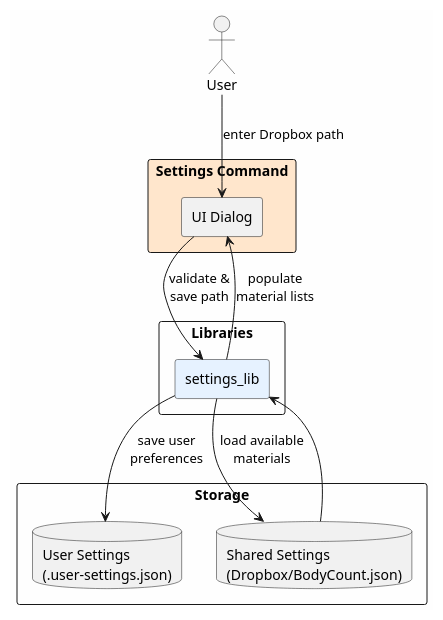
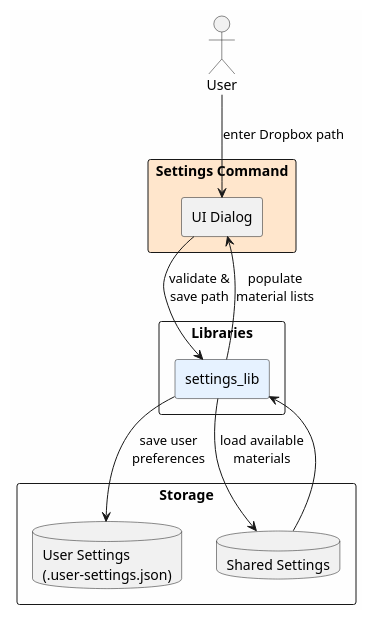
One commit to Oskari-Tuormaa/BodyCount changed the fourth of 4 diagrams in ARCHITECTURE.md. Above: the diagram before and after it, drawn with PlantUML.

Commit message:
Remove incorrect path from Shared Settings in PlantUML diagram
The path shown in the diagram (Dropbox/BodyCount.json) was inaccurate.
Removed the path annotation to avoid confusion. The correct path is
documented separately in the Settings File Structure section.

````diff
--- a/ARCHITECTURE.md
+++ b/ARCHITECTURE.md
@@ -142,30 +142,30 @@
 ```plantuml
 @startuml Settings_Flow
 skinparam componentStyle rectangle
 skinparam backgroundColor #FEFEFE
 
 actor "User" as user
 rectangle "Settings Command" #FFE6CC {
   component "UI Dialog" as ui_dialog
 }
 
 rectangle "Libraries" {
   component "settings_lib" as lib_settings #E6F2FF
 }
 
 rectangle "Storage" {
   database "User Settings\n(.user-settings.json)" as user_settings_db
-  database "Shared Settings\n(Dropbox/BodyCount.json)" as shared_settings_db
+  database "Shared Settings" as shared_settings_db
 }
 
 user --> ui_dialog : enter Dropbox path
 ui_dialog --> lib_settings : validate &\nsave path
 
 lib_settings --> user_settings_db : save user\npreferences
 lib_settings --> shared_settings_db : load available\nmaterials
 
 shared_settings_db --> lib_settings
 lib_settings --> ui_dialog : populate\nmaterial lists
 
 @enduml
 ```
````
